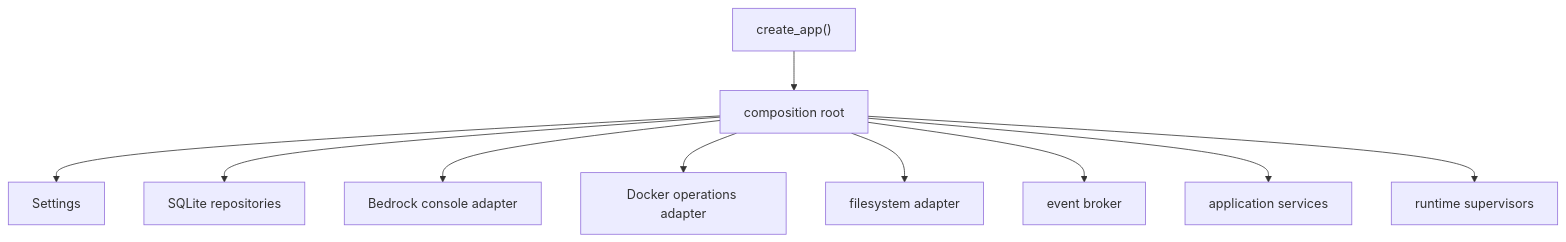
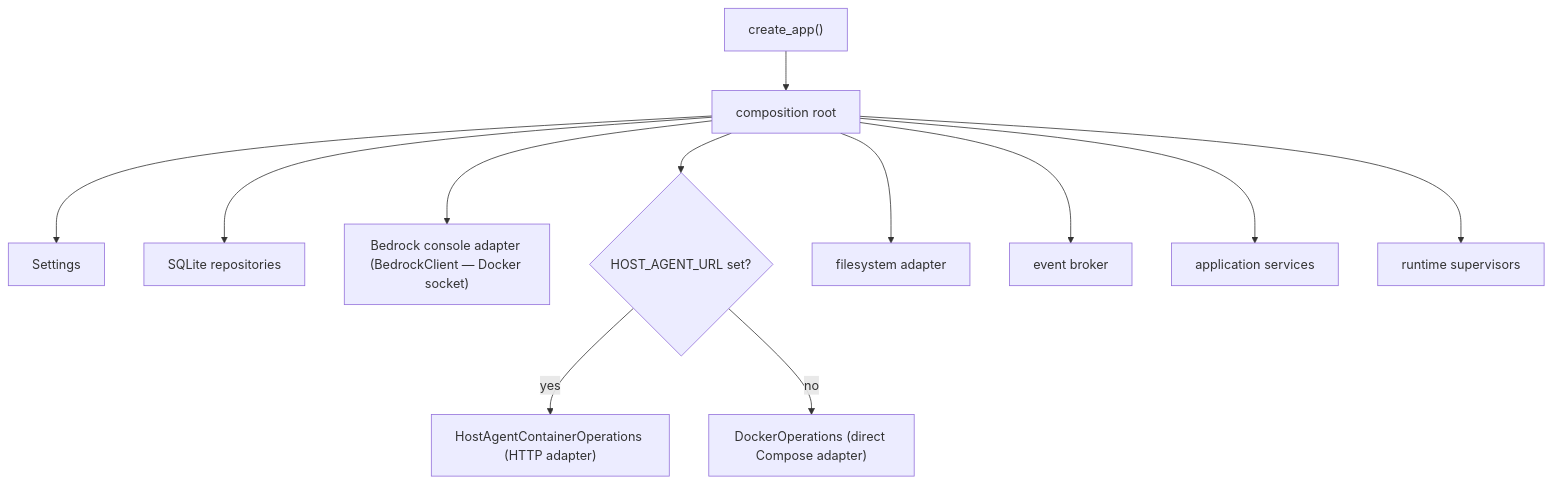
One commit to dgaramos/craftcontrol changed the fourth of 5 diagrams in docs/architecture.md. Above: the diagram before and after it, drawn with Mermaid. The commit also changed other lines of this file and 6 other files, not shown here.

First line of the commit message:
docs(host-agent): document privileged execution boundary

````diff
--- a/docs/architecture.md
+++ b/docs/architecture.md
@@ -82,12 +86,14 @@
 ```mermaid
 flowchart TD
     app["create_app()"] --> root["composition root"]
     root --> settings["Settings"]
     root --> repositories["SQLite repositories"]
-    root --> bedrock["Bedrock console adapter"]
-    root --> docker["Docker operations adapter"]
+    root --> bedrock["Bedrock console adapter (BedrockClient — Docker socket)"]
+    root --> docker{"HOST_AGENT_URL set?"}
+    docker -->|"yes"| hostagent["HostAgentContainerOperations (HTTP adapter)"]
+    docker -->|"no"| compose["DockerOperations (direct Compose adapter)"]
     root --> filesystem["filesystem adapter"]
     root --> broker["event broker"]
     root --> services["application services"]
     root --> runtime["runtime supervisors"]
 ```
````
